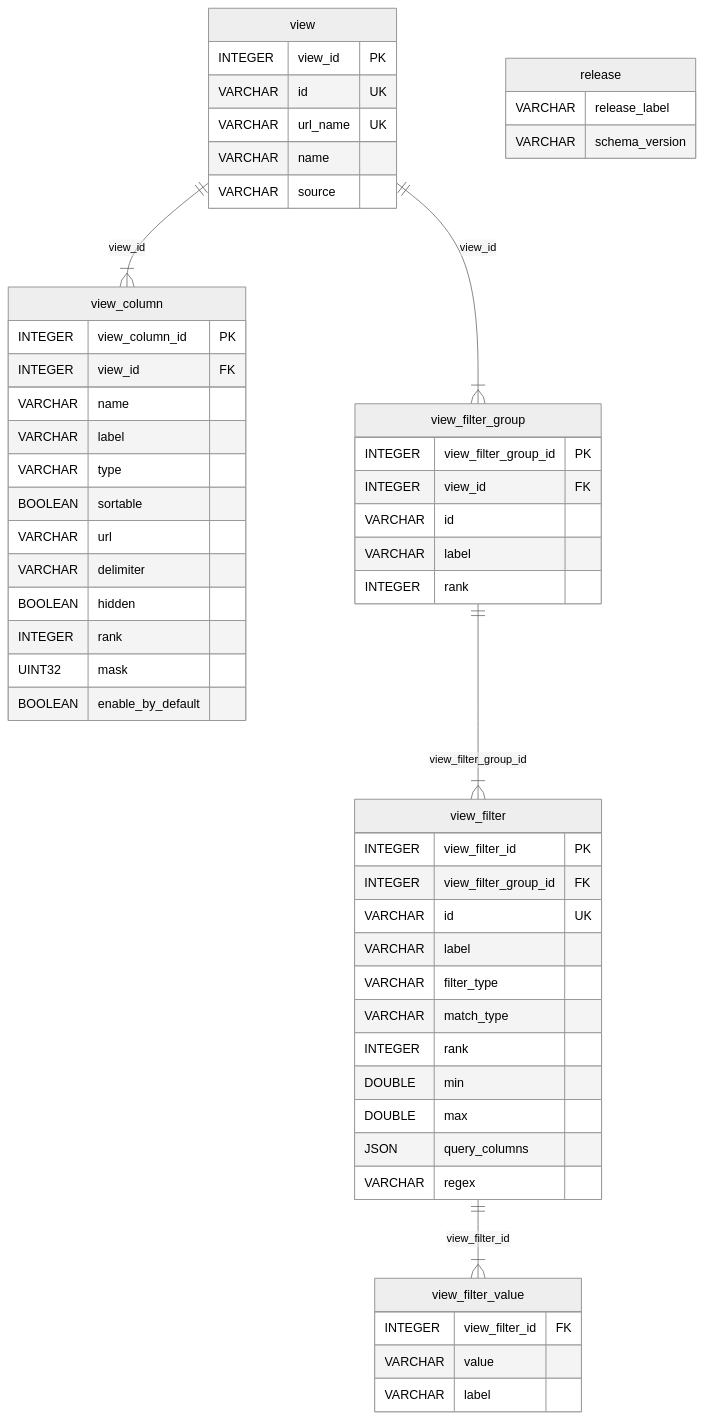
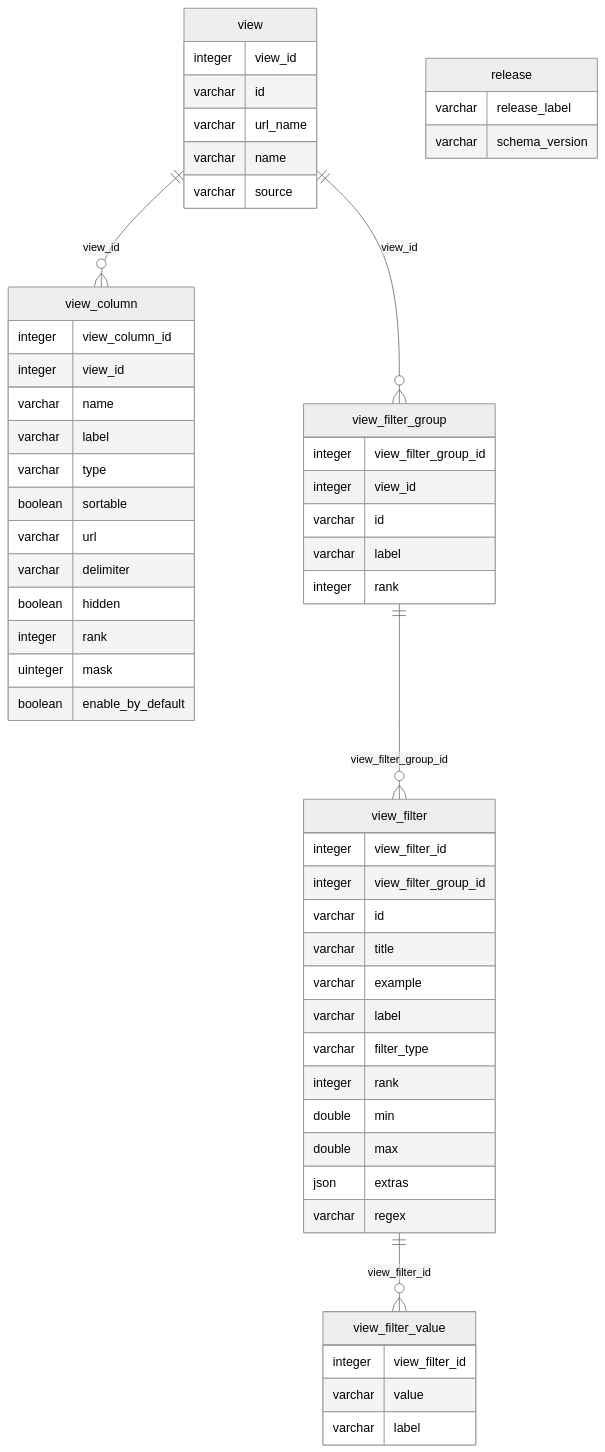
Before and after one commit to Ensembl/distiller: the diagram in etl/README.md, drawn with Mermaid (neutral theme). The commit also changed other lines of this file and 32 other files, not shown here.

First line of the commit message:
Schema changes, ETL updates, initial backend creation (#3)

````diff
--- a/etl/README.md
+++ b/etl/README.md
@@ -115,63 +115,14 @@
 ```mermaid
 erDiagram
-    view {
-        INTEGER view_id PK
-        VARCHAR id UK
-        VARCHAR url_name UK
-        VARCHAR name
-        VARCHAR source
-    }
+    view_filter {integer view_filter_id integer view_filter_group_id varchar id varchar title varchar example varchar label varchar filter_type integer rank double min double max json extras varchar regex}
+    view_filter_value {integer view_filter_id varchar value varchar label}
+    view {integer view_id varchar id varchar url_name varchar name varchar source}
+    view_column {integer view_column_id integer view_id varchar name varchar label varchar type boolean sortable varchar url varchar delimiter boolean hidden integer rank uinteger mask boolean enable_by_default}
+    view_filter_group {integer view_filter_group_id integer view_id varchar id varchar label integer rank}
+    release {varchar release_label varchar schema_version}
+    view ||--o{ view_column : "view_id"
+    view ||--o{ view_filter_group : "view_id"
+    view_filter ||--o{ view_filter_value : "view_filter_id"
+    view_filter_group ||--o{ view_filter : "view_filter_group_id"
 
-    view_column {
-        INTEGER view_column_id PK
-        INTEGER view_id FK
-        VARCHAR name
-        VARCHAR label
-        VARCHAR type
-        BOOLEAN sortable
-        VARCHAR url
-        VARCHAR delimiter
-        BOOLEAN hidden
-        INTEGER rank
-        UINT32  mask
-        BOOLEAN enable_by_default
-    }
-
-    view_filter_group {
-        INTEGER view_filter_group_id PK
-        INTEGER view_id FK
-        VARCHAR id
-        VARCHAR label
-        INTEGER rank
-    }
-
-    view_filter {
-        INTEGER view_filter_id PK
-        INTEGER view_filter_group_id FK
-        VARCHAR id UK
-        VARCHAR label
-        VARCHAR filter_type
-        VARCHAR match_type
-        INTEGER rank
-        DOUBLE min
-        DOUBLE max
-        JSON query_columns
-        VARCHAR regex
-    }
-
-    view_filter_value {
-        INTEGER view_filter_id FK
-        VARCHAR value
-        VARCHAR label
-    }
-
-    release {
-        VARCHAR release_label
-        VARCHAR schema_version
-    }
-
-    view ||--|{ view_column : view_id
-    view ||--|{ view_filter_group : view_id
-    view_filter_group ||--|{ view_filter : view_filter_group_id
-    view_filter ||--|{ view_filter_value : view_filter_id
 ```
````
